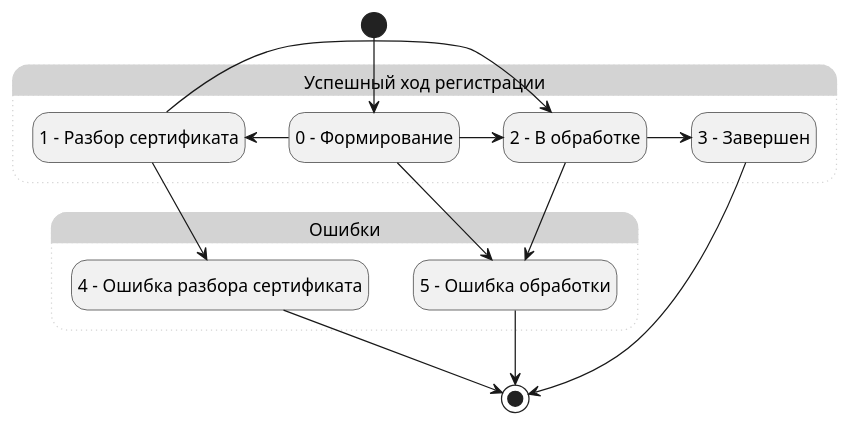
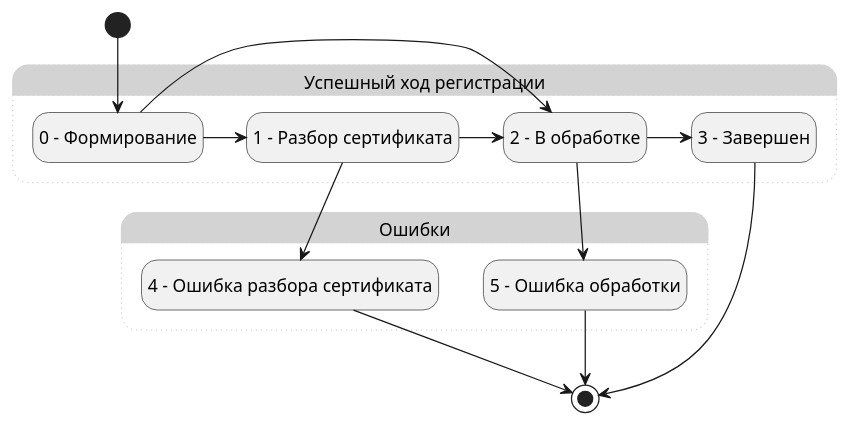
The diagram in udo_plora_statuses.puml (citpb/platform-astral-schemes), drawn with PlantUML before and after one commit.

```diff
--- a/udo_plora_statuses.puml
+++ b/udo_plora_statuses.puml
@@ -1,30 +1,29 @@
 @startuml
 hide empty description
 state "Успешный ход регистрации" as Saccess #LightGray;line.dotted;line:LightGray {
     state "0 – Формирование" as State0
     state "1 – Разбор сертификата" as State1
     state "2 - В обработке" as State2
     state "3 - Завершен" as State3
 }
 state "Ошибки" as Errors #LightGray;line.dotted;line:LightGray {
     state "4 - Ошибка разбора сертификата" as State4
     state "5 - Ошибка обработки" as State5
 }
 
 [*] --> State0
 State0 -> State1
 State0 -> State2
-State0 --> State5
 
 State1 -> State2
-State1 --> State4
+State1 -> State4
 
 State2 -> State3
 State2 --> State5
 
 State4  --> [*]
 State5  --> [*]
 
 State3 --> [*]
 
 @enduml
```
